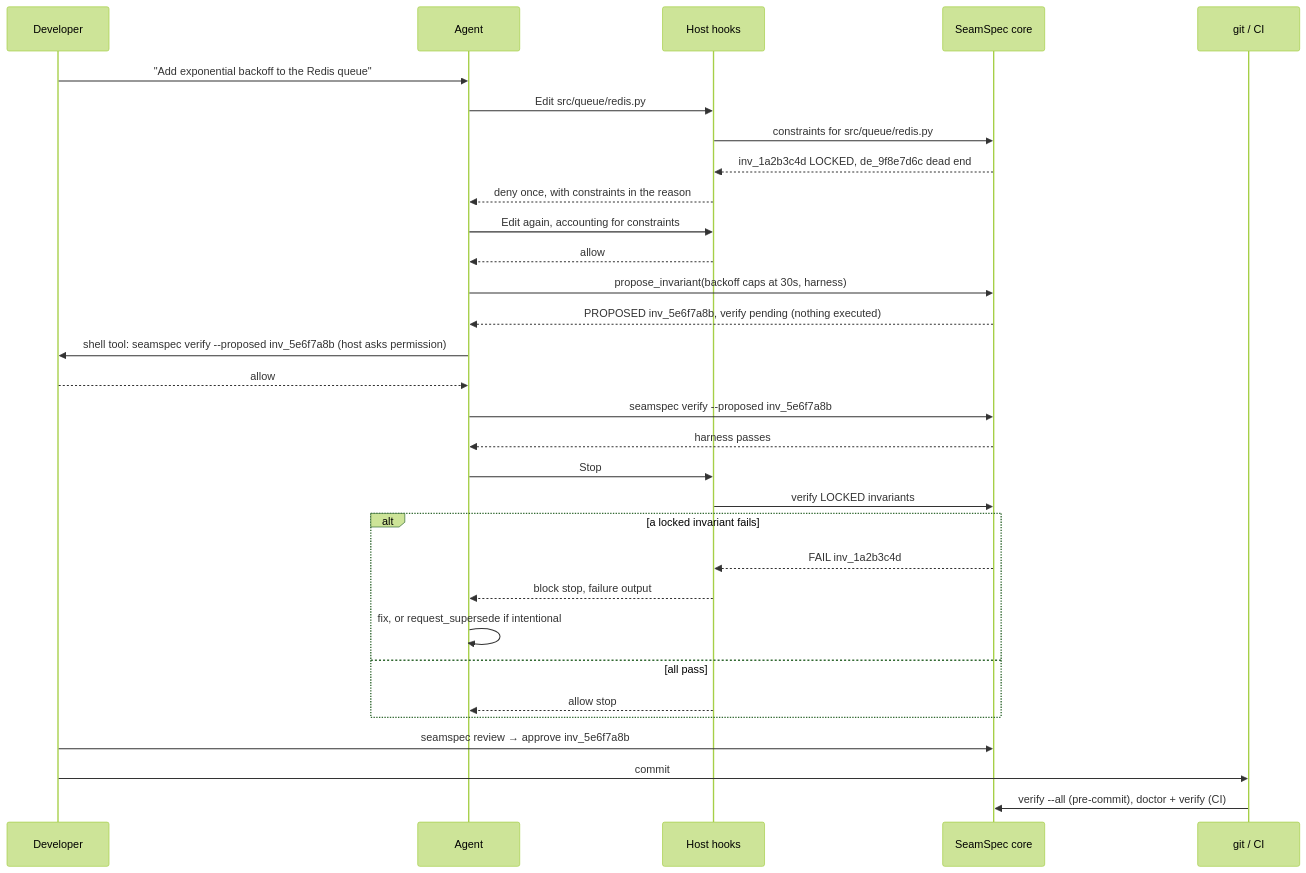
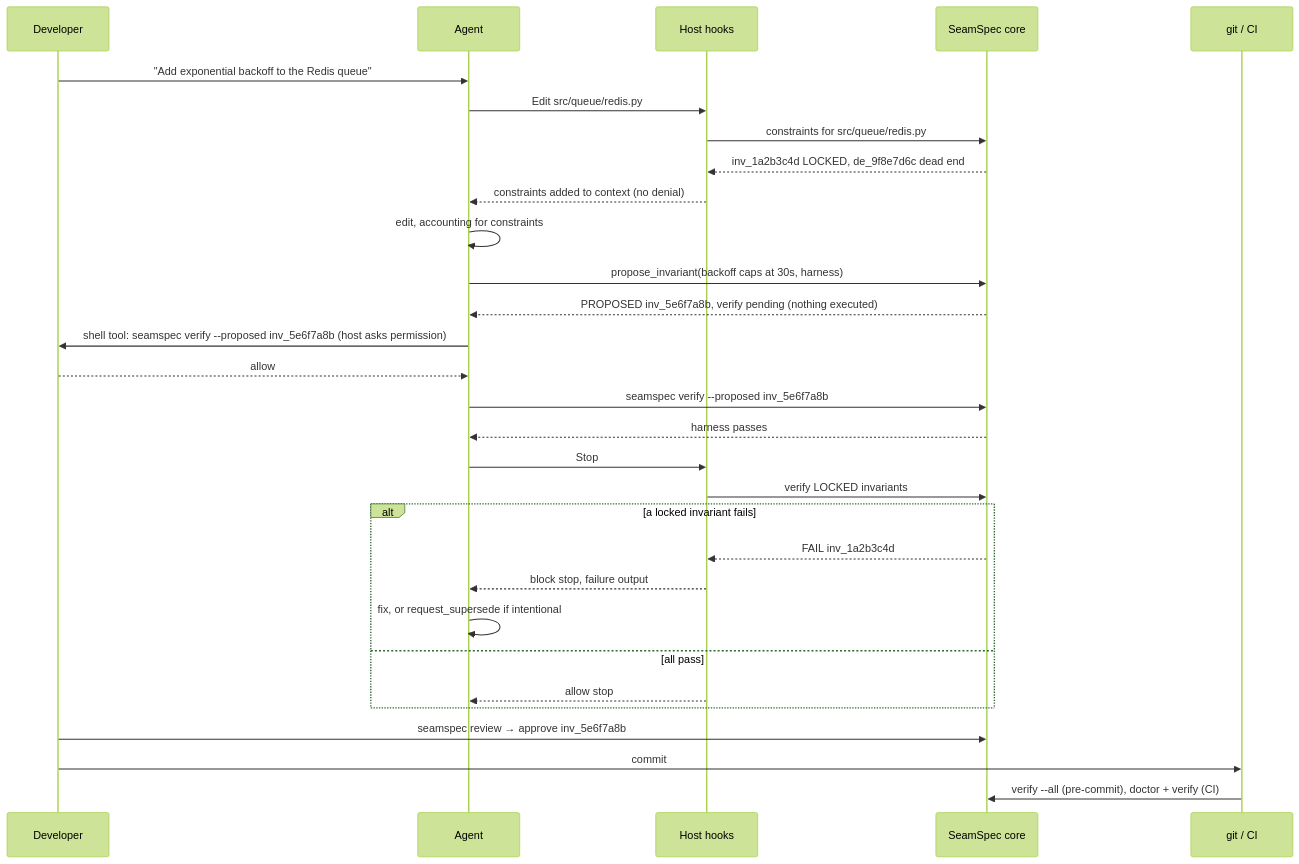
The second of 4 diagrams in docs/SPEC.md (seamspec/seamspec), drawn with Mermaid (forest theme) before and after one commit. The commit also changed other lines of this file, not shown here.

````diff
--- a/docs/SPEC.md
+++ b/docs/SPEC.md
@@ -231,34 +247,33 @@
 ```mermaid
 sequenceDiagram
     participant Dev as Developer
     participant Agent
     participant Hook as Host hooks
     participant VS as SeamSpec core
     participant Git as git / CI
 
     Dev->>Agent: "Add exponential backoff to the Redis queue"
     Agent->>Hook: Edit src/queue/redis.py
     Hook->>VS: constraints for src/queue/redis.py
     VS-->>Hook: inv_1a2b3c4d LOCKED, de_9f8e7d6c dead end
-    Hook-->>Agent: deny once, with constraints in the reason
-    Agent->>Hook: Edit again, accounting for constraints
-    Hook-->>Agent: allow
+    Hook-->>Agent: constraints added to context (no denial)
+    Agent->>Agent: edit, accounting for constraints
     Agent->>VS: propose_invariant(backoff caps at 30s, harness)
     VS-->>Agent: PROPOSED inv_5e6f7a8b, verify pending (nothing executed)
     Agent->>Dev: shell tool: seamspec verify --proposed inv_5e6f7a8b (host asks permission)
     Dev-->>Agent: allow
     Agent->>VS: seamspec verify --proposed inv_5e6f7a8b
     VS-->>Agent: harness passes
     Agent->>Hook: Stop
     Hook->>VS: verify LOCKED invariants
     alt a locked invariant fails
         VS-->>Hook: FAIL inv_1a2b3c4d
         Hook-->>Agent: block stop, failure output
         Agent->>Agent: fix, or request_supersede if intentional
     else all pass
         Hook-->>Agent: allow stop
     end
     Dev->>VS: seamspec review → approve inv_5e6f7a8b
     Dev->>Git: commit
     Git->>VS: verify --all (pre-commit), doctor + verify (CI)
 ```
````
